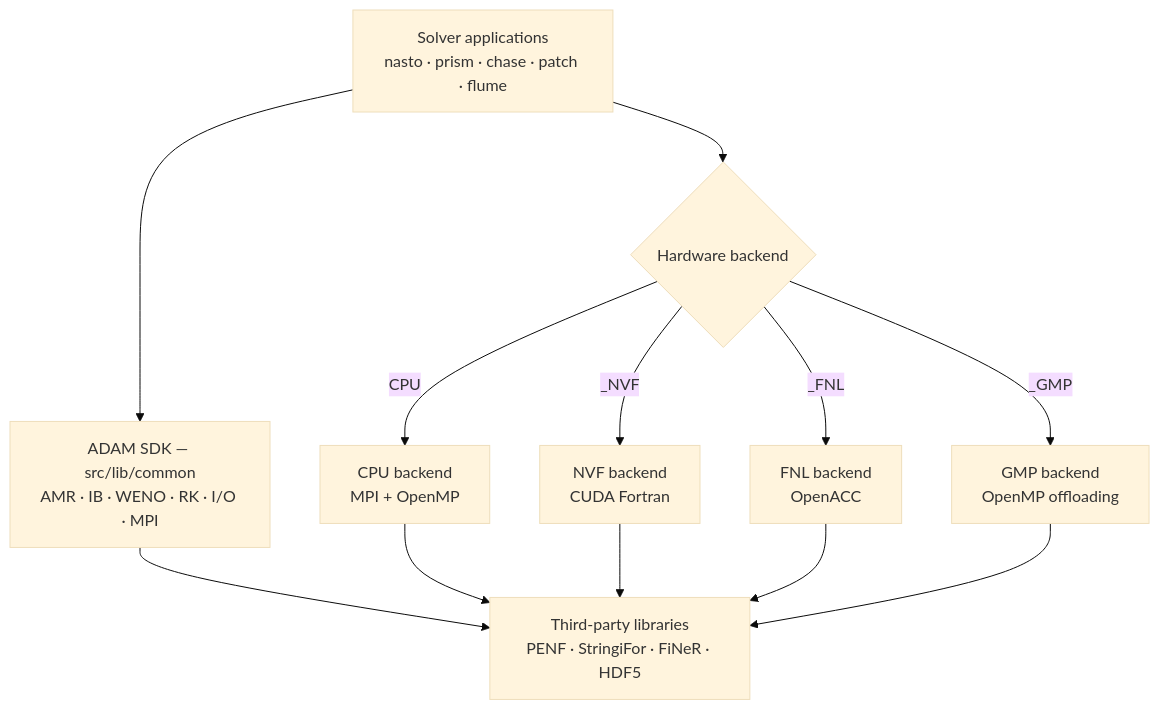
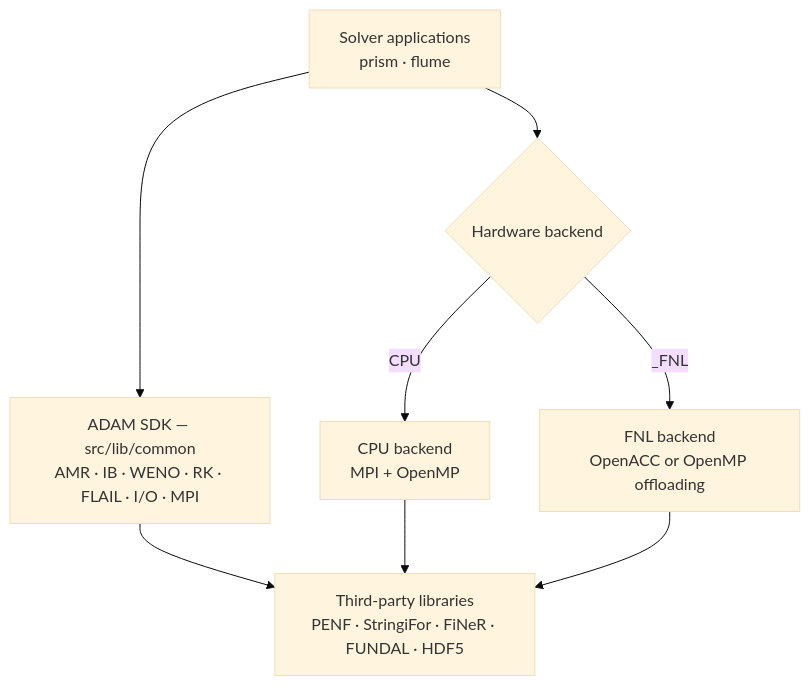
One commit to szaghi/adam changed the first of 2 diagrams in docs/guide/architecture.md. Above: the diagram before and after it, drawn with Mermaid (base theme). The commit also changed other lines of this file and 23 other files, not shown here.

````diff
--- a/docs/guide/architecture.md
+++ b/docs/guide/architecture.md
@@ -14,14 +14,10 @@
 ```mermaid
 graph TD
-    A[Solver applications<br/>nasto · prism · chase · patch · flume] --> B[ADAM SDK — src/lib/common<br/>AMR · IB · WENO · RK · I/O · MPI]
+    A[Solver applications<br/>prism · flume] --> B[ADAM SDK — src/lib/common<br/>AMR · IB · WENO · RK · FLAIL · I/O · MPI]
     A --> C{Hardware backend}
     C -->|CPU| CPU[CPU backend<br/>MPI + OpenMP]
-    C -->|_NVF| D[NVF backend<br/>CUDA Fortran]
-    C -->|_FNL| E[FNL backend<br/>OpenACC]
-    C -->|_GMP| F[GMP backend<br/>OpenMP offloading]
-    B --> G[Third-party libraries<br/>PENF · StringiFor · FiNeR · HDF5]
+    C -->|_FNL| E[FNL backend<br/>OpenACC or OpenMP offloading]
+    B --> G[Third-party libraries<br/>PENF · StringiFor · FiNeR · FUNDAL · HDF5]
     CPU --> G
-    D --> G
     E --> G
-    F --> G
 ```
````
